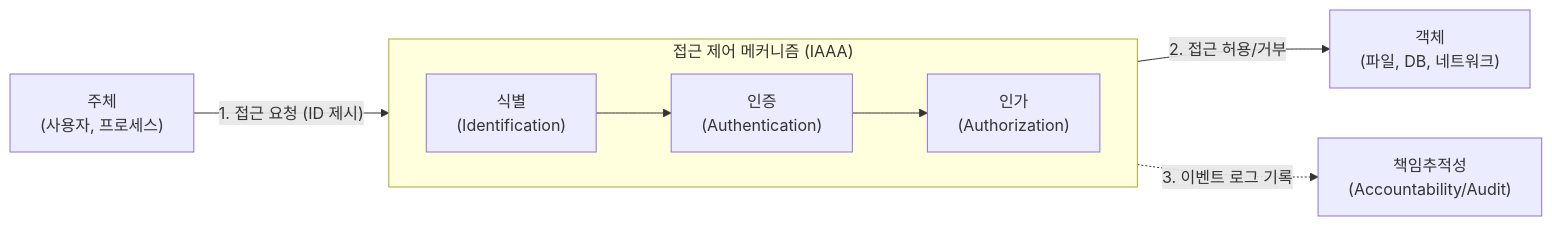
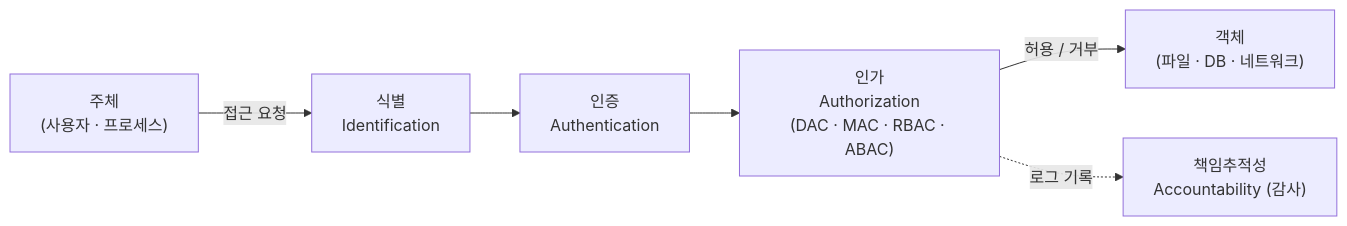
The diagram in content/01_IT Tech/접근 제어 접근 통제.md (supremethumb/supremethumb.github.io), drawn with Mermaid before and after one commit. The commit also changed other lines of this file and 1087 other files, not shown here.

````diff
--- a/content/01_IT Tech/접근 제어 접근 통제.md
+++ b/content/01_IT Tech/접근 제어 접근 통제.md
@@ -23,16 +38,7 @@
 ```mermaid
 flowchart LR
-    Subject["주체<br/>(사용자, 프로세스)"]
-    Object["객체<br/>(파일, DB, 네트워크)"]
-
-    subgraph Access_Control["접근 제어 메커니즘 (IAAA)"]
-        direction LR
-        I["식별<br/>(Identification)"] --> A1["인증<br/>(Authentication)"]
-        A1 --> A2["인가<br/>(Authorization)"]
-    end
-
-    Subject -- "1. 접근 요청 (ID 제시)" --> I
-    A2 -- "2. 접근 허용/거부" --> Object
-    Access_Control -. "3. 이벤트 로그 기록" .-> Audit["책임추적성<br/>(Accountability/Audit)"]
-
+    S["주체<br/>(사용자 · 프로세스)"] -->|"접근 요청"| I["식별<br/>Identification"]
+    I --> AU["인증<br/>Authentication"] --> AZ["인가<br/>Authorization<br/>(DAC · MAC · RBAC · ABAC)"]
+    AZ -->|"허용 / 거부"| O["객체<br/>(파일 · DB · 네트워크)"]
+    AZ -. "로그 기록" .-> AC["책임추적성<br/>Accountability (감사)"]
 ```
````
